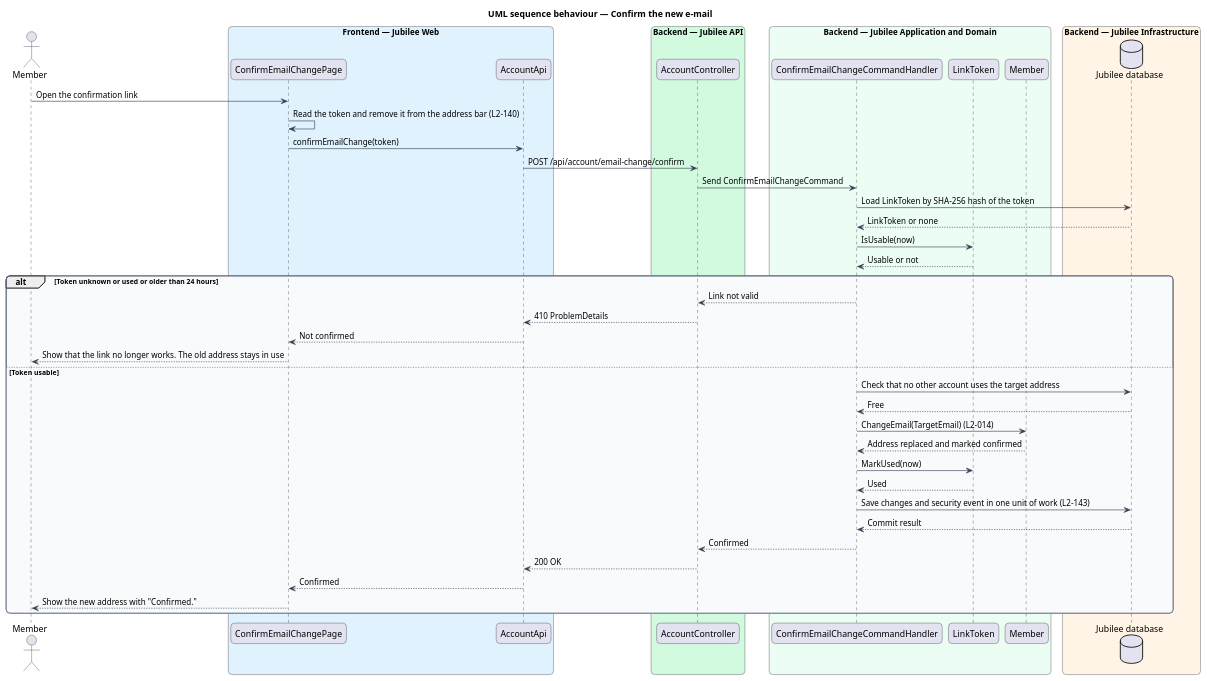
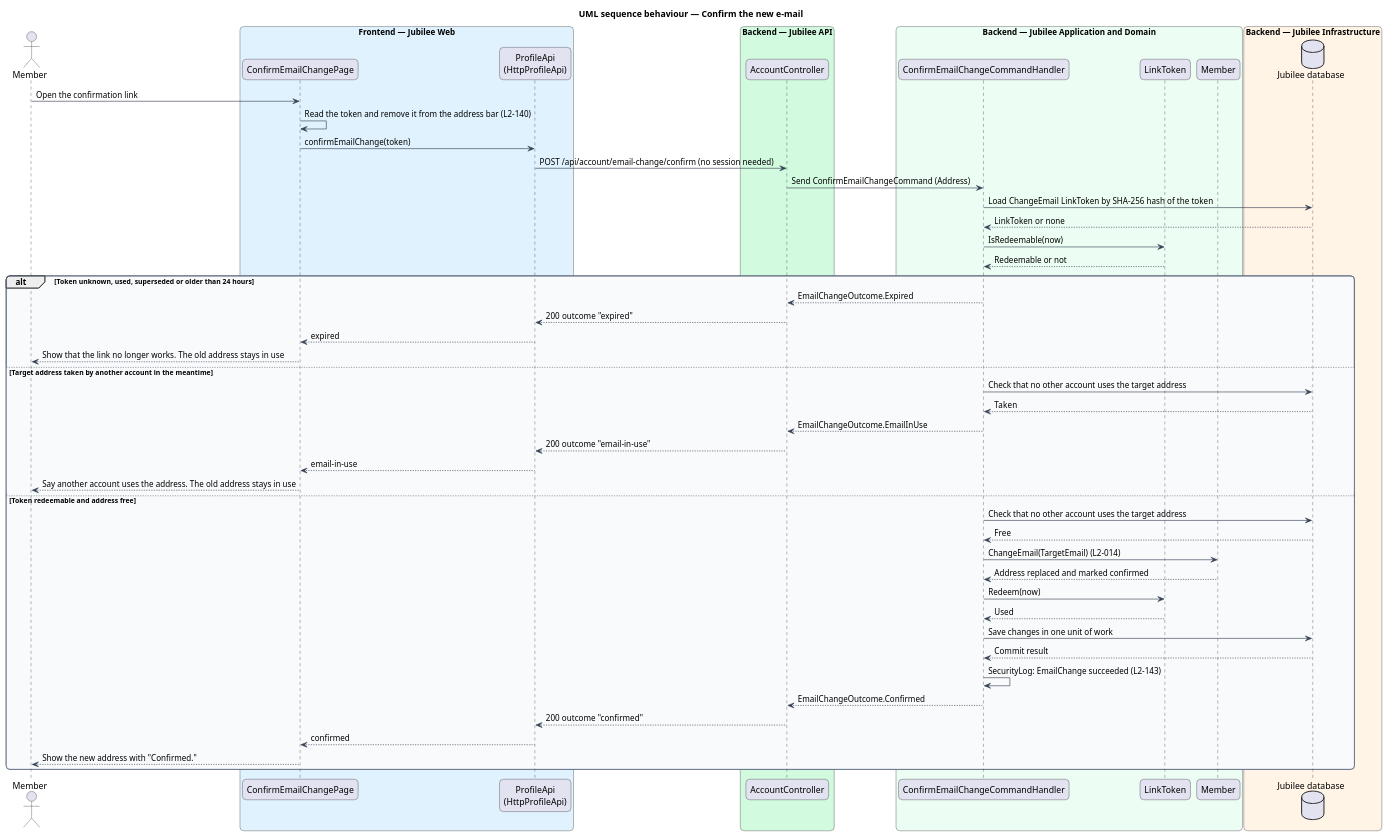
Before and after one commit to QuinntyneBrown/jubilee: the diagram in docs/detailed-designs/accounts/change-credentials/diagrams/sequence-confirm-email-change.puml, drawn with PlantUML. The commit also changed 30 other files, not shown here.

```diff
--- a/docs/detailed-designs/accounts/change-credentials/diagrams/sequence-confirm-email-change.puml
+++ b/docs/detailed-designs/accounts/change-credentials/diagrams/sequence-confirm-email-change.puml
@@ -1,63 +1,71 @@
 @startuml
 title UML sequence behaviour — Confirm the new e-mail
 skinparam backgroundColor #FFFFFF
 skinparam shadowing false
 skinparam roundcorner 12
 skinparam defaultFontName Arial
 skinparam ArrowColor #344054
 skinparam rectangle {
   BorderColor #344054
   FontColor #101828
 }
 skinparam package {
   BorderColor #667085
   FontColor #101828
   BackgroundColor #F9FAFB
 }
 
 
 actor "Member" as actor
 box "Frontend — Jubilee Web" #E0F2FE
   participant "ConfirmEmailChangePage" as page
-  participant "AccountApi" as client
+  participant "ProfileApi\n(HttpProfileApi)" as client
 end box
 box "Backend — Jubilee API" #D1FADF
   participant "AccountController" as controller
 end box
 box "Backend — Jubilee Application and Domain" #ECFDF3
   participant "ConfirmEmailChangeCommandHandler" as handler
   participant "LinkToken" as token
   participant "Member" as entity
 end box
 box "Backend — Jubilee Infrastructure" #FFF4E5
   database "Jubilee database" as db
 end box
 actor -> page : Open the confirmation link
 page -> page : Read the token and remove it from the address bar (L2-140)
 page -> client : confirmEmailChange(token)
-client -> controller : POST /api/account/email-change/confirm
-controller -> handler : Send ConfirmEmailChangeCommand
-handler -> db : Load LinkToken by SHA-256 hash of the token
+client -> controller : POST /api/account/email-change/confirm (no session needed)
+controller -> handler : Send ConfirmEmailChangeCommand (Address)
+handler -> db : Load ChangeEmail LinkToken by SHA-256 hash of the token
 db --> handler : LinkToken or none
-handler -> token : IsUsable(now)
-token --> handler : Usable or not
-alt Token unknown or used or older than 24 hours
-  handler --> controller : Link not valid
-  controller --> client : 410 ProblemDetails
-  client --> page : Not confirmed
+handler -> token : IsRedeemable(now)
+token --> handler : Redeemable or not
+alt Token unknown, used, superseded or older than 24 hours
+  handler --> controller : EmailChangeOutcome.Expired
+  controller --> client : 200 outcome "expired"
+  client --> page : expired
   page --> actor : Show that the link no longer works. The old address stays in use
-else Token usable
+else Target address taken by another account in the meantime
+  handler -> db : Check that no other account uses the target address
+  db --> handler : Taken
+  handler --> controller : EmailChangeOutcome.EmailInUse
+  controller --> client : 200 outcome "email-in-use"
+  client --> page : email-in-use
+  page --> actor : Say another account uses the address. The old address stays in use
+else Token redeemable and address free
   handler -> db : Check that no other account uses the target address
   db --> handler : Free
   handler -> entity : ChangeEmail(TargetEmail) (L2-014)
   entity --> handler : Address replaced and marked confirmed
-  handler -> token : MarkUsed(now)
+  handler -> token : Redeem(now)
   token --> handler : Used
-  handler -> db : Save changes and security event in one unit of work (L2-143)
+  handler -> db : Save changes in one unit of work
   db --> handler : Commit result
-  handler --> controller : Confirmed
-  controller --> client : 200 OK
-  client --> page : Confirmed
+  handler -> handler : SecurityLog: EmailChange succeeded (L2-143)
+  handler --> controller : EmailChangeOutcome.Confirmed
+  controller --> client : 200 outcome "confirmed"
+  client --> page : confirmed
   page --> actor : Show the new address with "Confirmed."
 end
 @enduml
```
